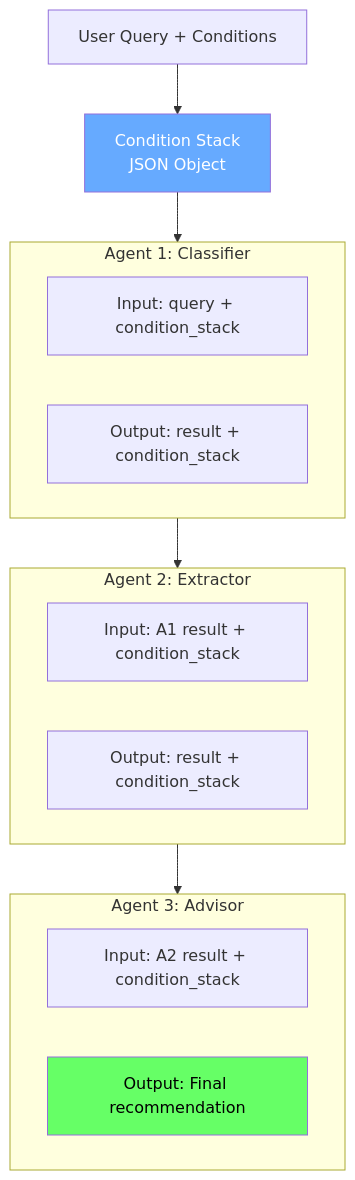
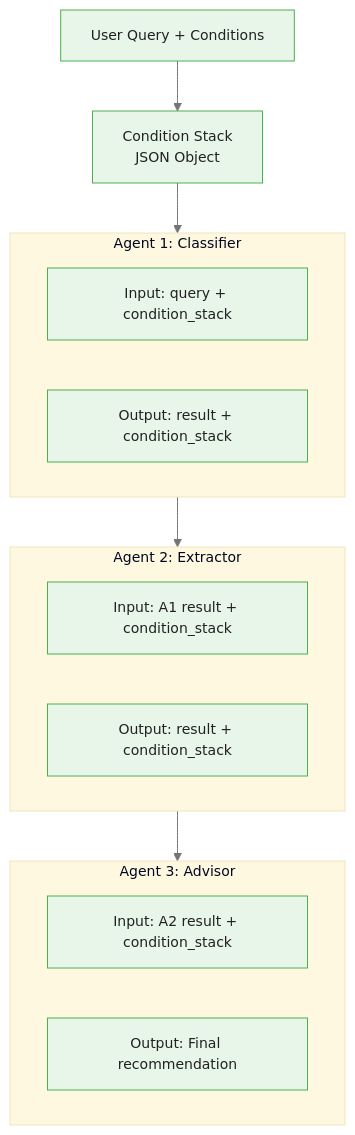
The second of 3 diagrams in courses/bayesian-prompt-engineering/modules/module_05_agents_workflows/guides/01_agent_conditioning_slides.md (m-deane/course-creator), drawn with Mermaid before and after one commit. The commit also changed other lines of this file and 53 other files, not shown here.

````diff
--- a/courses/bayesian-prompt-engineering/modules/module_05_agents_workflows/guides/01_agent_conditioning_slides.md
+++ b/courses/bayesian-prompt-engineering/modules/module_05_agents_workflows/guides/01_agent_conditioning_slides.md
@@ -294,27 +305,25 @@
 ```mermaid
+%%{init: {"theme": "base", "themeVariables": {"primaryColor": "#e8f5e9", "primaryBorderColor": "#4caf50", "primaryTextColor": "#212121", "secondaryColor": "#e3f2fd", "tertiaryColor": "#fff8e1", "lineColor": "#757575", "fontFamily": "Inter, sans-serif", "fontSize": "14px"}}}%%
 flowchart TD
     Q["User Query + Conditions"]
     CS["Condition Stack\nJSON Object"]
     Q --> CS
 
     CS --> A1
     subgraph A1["Agent 1: Classifier"]
         A1I["Input: query + condition_stack"]
         A1O["Output: result + condition_stack"]
     end
 
     A1 --> A2
     subgraph A2["Agent 2: Extractor"]
         A2I["Input: A1 result + condition_stack"]
         A2O["Output: result + condition_stack"]
     end
 
     A2 --> A3
     subgraph A3["Agent 3: Advisor"]
         A3I["Input: A2 result + condition_stack"]
         A3O["Output: Final recommendation"]
     end
-
-    style CS fill:#6af,color:#fff
-    style A3O fill:#6f6,color:#000
 ```
````
